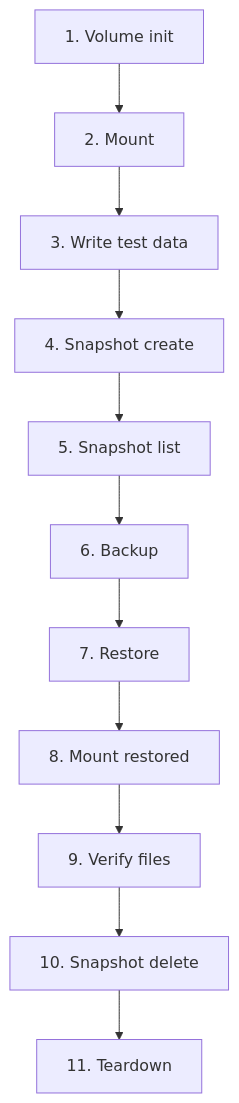
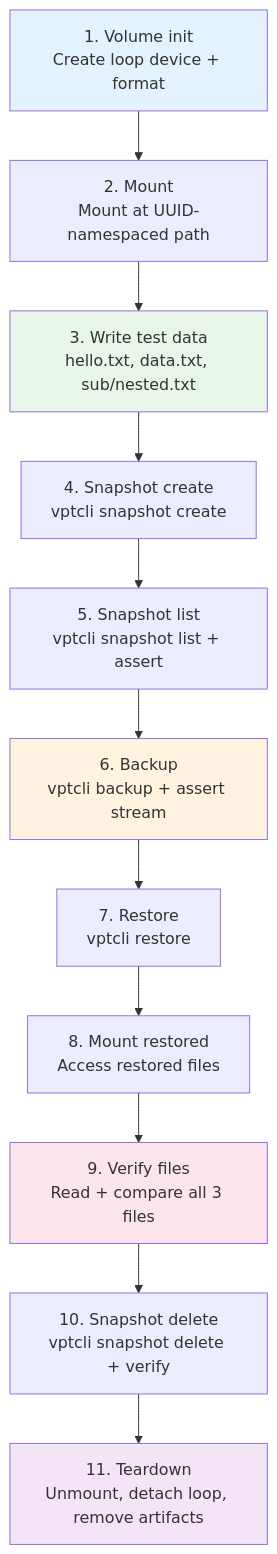
One commit to XUranus/vpt-rs changed the third of 5 diagrams in wiki/docs/testing/integration-tests.md. Above: the diagram before and after it, drawn with Mermaid. The commit also changed other lines of this file and 52 other files, not shown here.

First line of the commit message:
Enhance wiki: mermaid rendering, detailed content, i18n (zh-Hans)

````diff
--- a/wiki/docs/testing/integration-tests.md
+++ b/wiki/docs/testing/integration-tests.md
@@ -62,13 +157,19 @@
 ```mermaid
-graph TD
-    S1["1. Volume init"] --> S2["2. Mount"]
-    S2 --> S3["3. Write test data"]
-    S3 --> S4["4. Snapshot create"]
-    S4 --> S5["5. Snapshot list"]
-    S5 --> S6["6. Backup"]
-    S6 --> S7["7. Restore"]
-    S7 --> S8["8. Mount restored"]
-    S8 --> S9["9. Verify files"]
-    S9 --> S10["10. Snapshot delete"]
-    S10 --> S11["11. Teardown"]
+flowchart TD
+    S1["1. Volume init<br/>Create loop device + format"] --> S2["2. Mount<br/>Mount at UUID-namespaced path"]
+    S2 --> S3["3. Write test data<br/>hello.txt, data.txt, sub/nested.txt"]
+    S3 --> S4["4. Snapshot create<br/>vptcli snapshot create"]
+    S4 --> S5["5. Snapshot list<br/>vptcli snapshot list + assert"]
+    S5 --> S6["6. Backup<br/>vptcli backup + assert stream"]
+    S6 --> S7["7. Restore<br/>vptcli restore"]
+    S7 --> S8["8. Mount restored<br/>Access restored files"]
+    S8 --> S9["9. Verify files<br/>Read + compare all 3 files"]
+    S9 --> S10["10. Snapshot delete<br/>vptcli snapshot delete + verify"]
+    S10 --> S11["11. Teardown<br/>Unmount, detach loop, remove artifacts"]
+
+    style S1 fill:#e3f2fd
+    style S3 fill:#e8f5e9
+    style S6 fill:#fff3e0
+    style S9 fill:#fce4ec
+    style S11 fill:#f3e5f5
 ```
````
